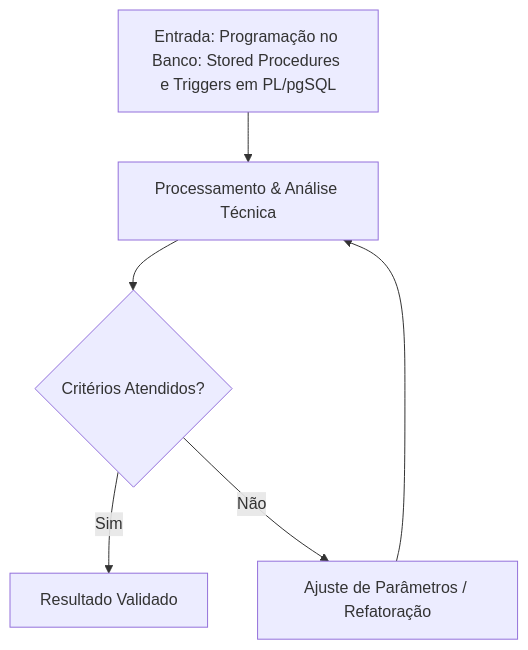
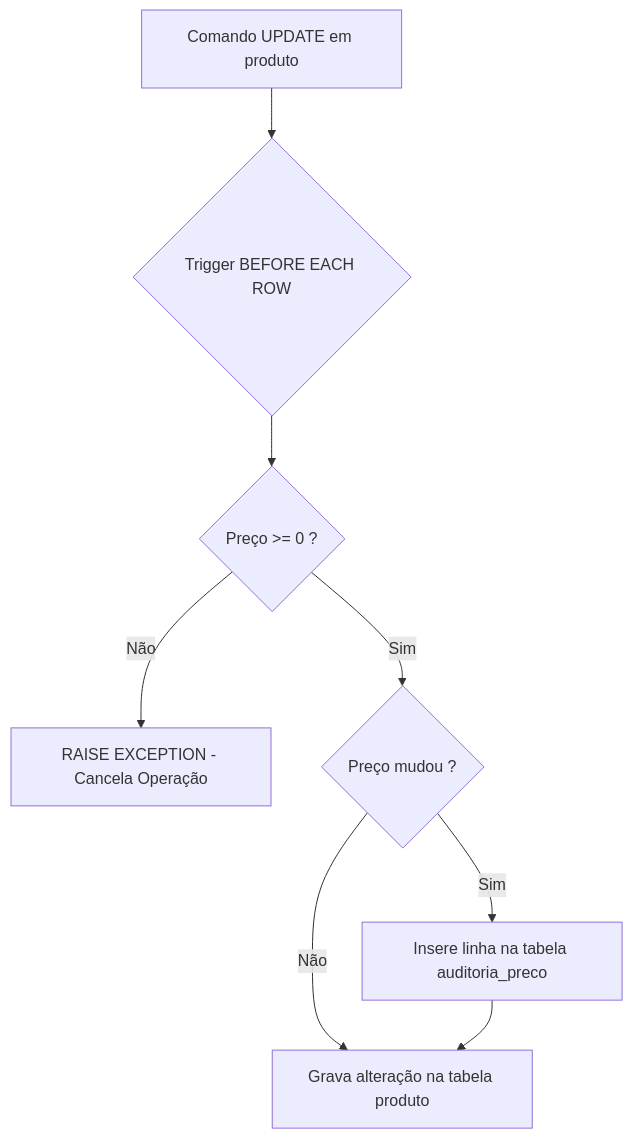
One commit to pedroiff0/page changed the diagram in content/pt-br/resource/Engenharia de Computação/6-periodo/banco-de-dados/anotacoes/aula-12-programacao-no-banco-stored-procedures-e-triggers-em-pl-pgsql.md. Above: the diagram before and after it, drawn with Mermaid. The commit also changed other lines of this file and 826 other files, not shown here.

````diff
--- a/content/pt-br/resource/Engenharia de Computação/6-periodo/banco-de-dados/anotacoes/aula-12-programacao-no-banco-stored-procedures-e-triggers-em-pl-pgsql.md
+++ b/content/pt-br/resource/Engenharia de Computação/6-periodo/banco-de-dados/anotacoes/aula-12-programacao-no-banco-stored-procedures-e-triggers-em-pl-pgsql.md
@@ -74,8 +103,10 @@
 ```mermaid
 flowchart TD
-    A[Entrada: Programação no Banco: Stored Procedures e Triggers em PL/pgSQL] --> B[Processamento & Análise Técnica]
-    B --> C{Critérios Atendidos?}
-    C -- Sim --> D[Resultado Validado]
-    C -- Não --> E[Ajuste de Parâmetros / Refatoração]
-    E --> B
+    Up[Comando UPDATE em produto] --> Trg{Trigger BEFORE EACH ROW}
+    Trg --> Val{Preço >= 0 ?}
+    Val -- Não --> Err[RAISE EXCEPTION - Cancela Operação]
+    Val -- Sim --> Diff{Preço mudou ?}
+    Diff -- Sim --> Log[Insere linha na tabela auditoria_preco]
+    Diff -- Não --> Exec[Grava alteração na tabela produto]
+    Log --> Exec
 ```
````
